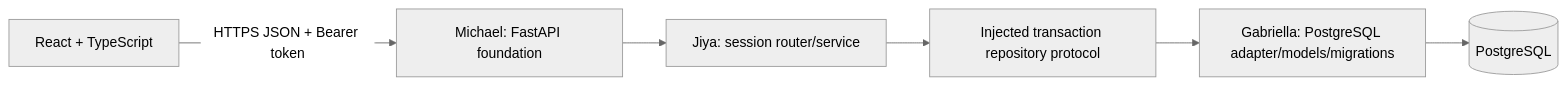
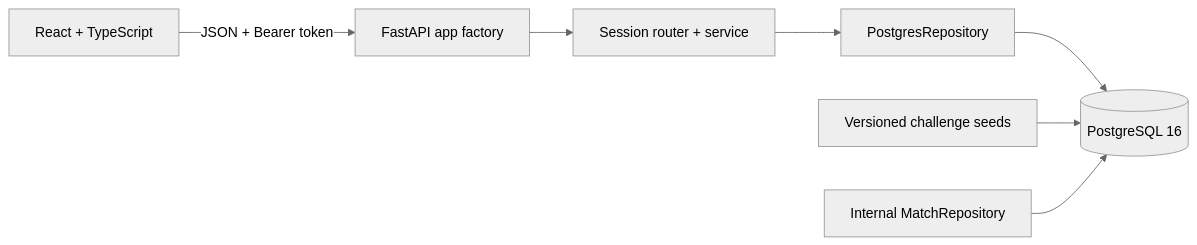
One commit to jgb23002/CodeMafia changed the diagram in docs/ARCHITECTURE.md. Above: the diagram before and after it, drawn with Mermaid (neutral theme). The commit also changed other lines of this file and 49 other files, not shown here.

````diff
--- a/docs/ARCHITECTURE.md
+++ b/docs/ARCHITECTURE.md
@@ -5,8 +3,9 @@
 ```mermaid
 flowchart LR
-    Browser[React + TypeScript] -->|HTTPS JSON + Bearer token| API[Michael: FastAPI foundation]
-    API --> Sessions[Jiya: session router/service]
-    Sessions --> Contract[Injected transaction repository protocol]
-    Contract --> Adapter[Gabriella: PostgreSQL adapter/models/migrations]
-    Adapter --> DB[(PostgreSQL)]
+    Browser[React + TypeScript] -->|JSON + Bearer token| API[FastAPI app factory]
+    API --> Sessions[Session router + service]
+    Sessions --> Adapter[PostgresRepository]
+    Adapter --> DB[(PostgreSQL 16)]
+    Seeds[Versioned challenge seeds] --> DB
+    Results[Internal MatchRepository] --> DB
 ```
````
